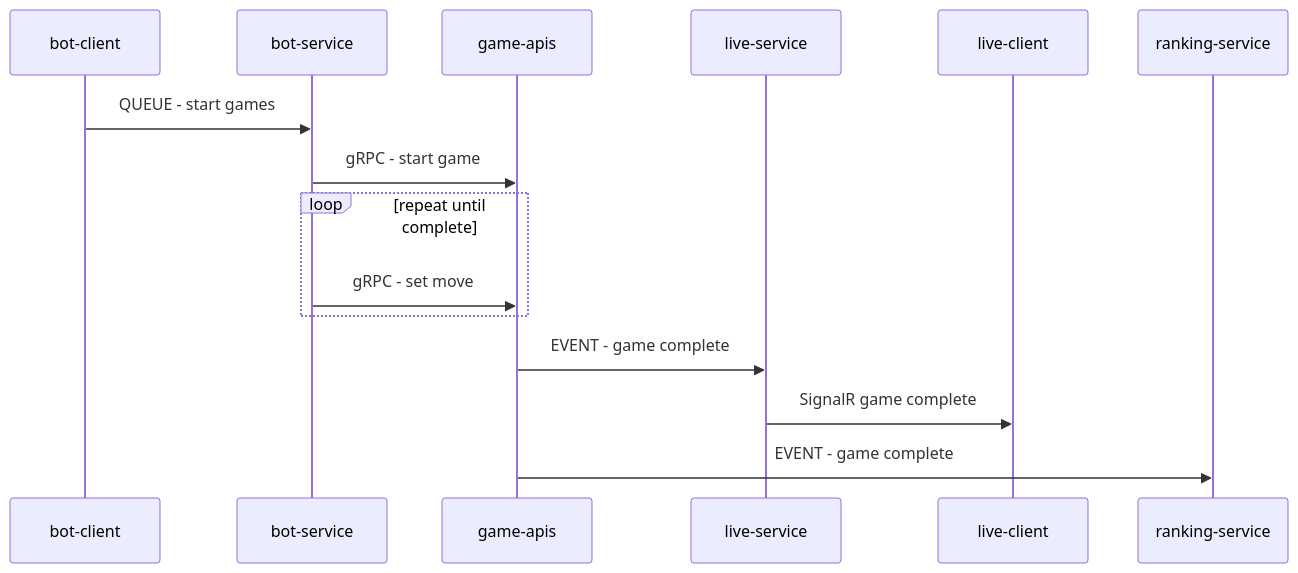
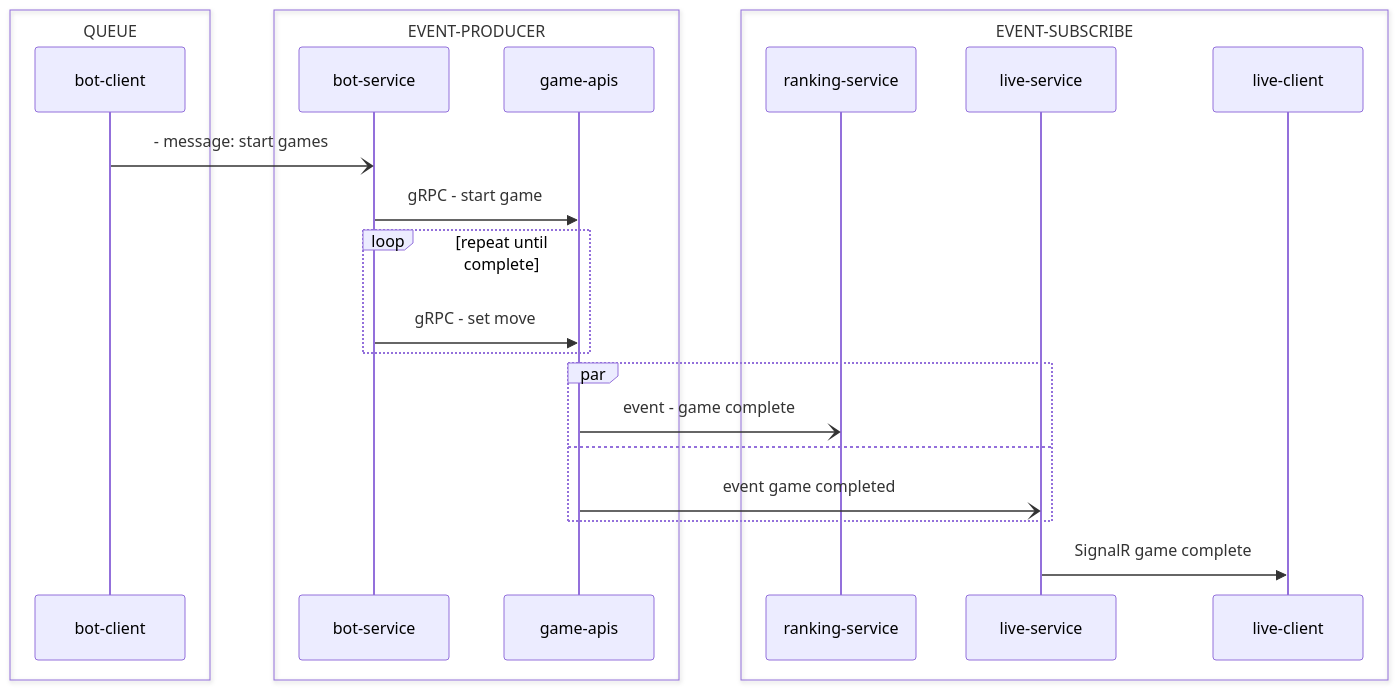
The diagram in ch15/sequence-async.md (PacktPublishing/Pragmatic-Microservices-with-CSharp-and-Azure), drawn with Mermaid before and after one commit.

Commit message:
Update sequence-async.md - box and parallel

````diff
--- a/ch15/sequence-async.md
+++ b/ch15/sequence-async.md
@@ -1,18 +1,29 @@
 ```mermaid
 sequenceDiagram
+  box QUEUE
   participant bot-client
+  end
+
+  box EVENT-PRODUCER
   participant bot-service
   participant game-apis
+  end
+
+  box EVENT-SUBSCRIBE
+  participant ranking-service
   participant live-service
   participant live-client
-  participant ranking-service
+  end
 
-  bot-client->>bot-service: QUEUE - start games
+  bot-client-)bot-service: - message: start games
   bot-service->>game-apis: gRPC - start game
   loop repeat until complete
     bot-service->>game-apis: gRPC - set move
   end
-  game-apis->>live-service: EVENT - game complete
+  par
+    game-apis-)ranking-service: event - game complete
+  and
+    game-apis-)live-service: event game completed
+  end
   live-service->>live-client: SignalR game complete
-  game-apis->>ranking-service: EVENT - game complete
 ```
````
